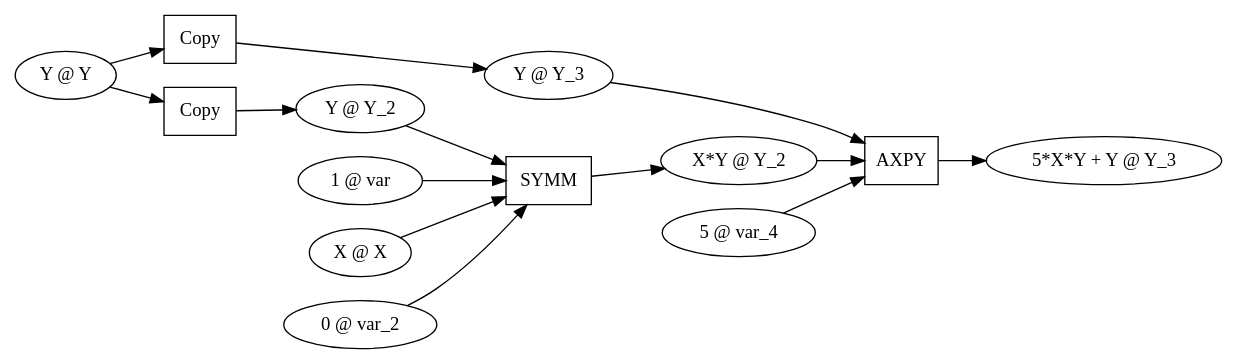
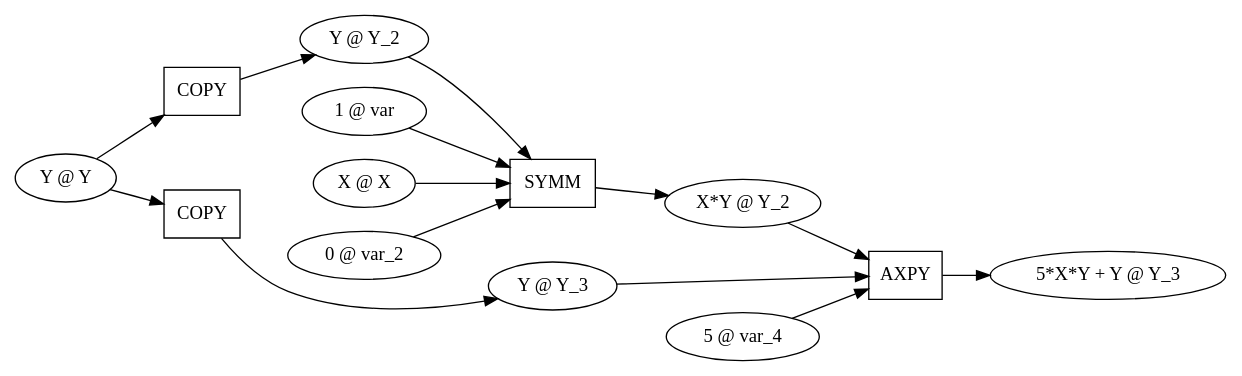
One commit to mrocklin/thesis changed the diagram in images/symm-axpy-inplace.dot. Above: the diagram before and after it, drawn with Graphviz. The commit also changed 6 other files, not shown here.

```diff
--- a/images/symm-axpy-inplace.dot
+++ b/images/symm-axpy-inplace.dot
@@ -1,35 +1,34 @@
 
 digraph{
 
 rankdir=LR
-orientation=TD
 
 "Y @ Y" [shape=ellipse]
-"Y @ Y_3" [shape=ellipse]
 "Y @ Y_2" [shape=ellipse]
 "1 @ var" [shape=ellipse]
 "X @ X" [shape=ellipse]
 "0 @ var_2" [shape=ellipse]
 "X*Y @ Y_2" [shape=ellipse]
+"Y @ Y_3" [shape=ellipse]
 "5 @ var_4" [shape=ellipse]
 "5*X*Y + Y @ Y_3" [shape=ellipse]
 
-"[Y @ Y] -> Copy -> [Y @ Y_3]" [shape=box, label="Copy"]
-"[Y @ Y] -> Copy -> [Y @ Y_2]" [shape=box, label="Copy"]
+"[Y @ Y] -> COPY -> [Y @ Y_2]" [shape=box, label="COPY"]
 "[1 @ var, X @ X, Y @ Y_2, 0 @ var_2, Y @ Y_2] -> SYMM -> [X*Y @ Y_2]" [shape=box, label="SYMM"]
+"[Y @ Y] -> COPY -> [Y @ Y_3]" [shape=box, label="COPY"]
 "[5 @ var_4, X*Y @ Y_2, Y @ Y_3] -> AXPY -> [5*X*Y + Y @ Y_3]" [shape=box, label="AXPY"]
 
-"Y @ Y" -> "[Y @ Y] -> Copy -> [Y @ Y_3]"
-"[Y @ Y] -> Copy -> [Y @ Y_3]" -> "Y @ Y_3"
-"Y @ Y" -> "[Y @ Y] -> Copy -> [Y @ Y_2]"
-"[Y @ Y] -> Copy -> [Y @ Y_2]" -> "Y @ Y_2"
+"Y @ Y" -> "[Y @ Y] -> COPY -> [Y @ Y_2]"
+"[Y @ Y] -> COPY -> [Y @ Y_2]" -> "Y @ Y_2"
 "1 @ var" -> "[1 @ var, X @ X, Y @ Y_2, 0 @ var_2, Y @ Y_2] -> SYMM -> [X*Y @ Y_2]"
 "X @ X" -> "[1 @ var, X @ X, Y @ Y_2, 0 @ var_2, Y @ Y_2] -> SYMM -> [X*Y @ Y_2]"
 "Y @ Y_2" -> "[1 @ var, X @ X, Y @ Y_2, 0 @ var_2, Y @ Y_2] -> SYMM -> [X*Y @ Y_2]"
 "0 @ var_2" -> "[1 @ var, X @ X, Y @ Y_2, 0 @ var_2, Y @ Y_2] -> SYMM -> [X*Y @ Y_2]"
 "[1 @ var, X @ X, Y @ Y_2, 0 @ var_2, Y @ Y_2] -> SYMM -> [X*Y @ Y_2]" -> "X*Y @ Y_2"
+"Y @ Y" -> "[Y @ Y] -> COPY -> [Y @ Y_3]"
+"[Y @ Y] -> COPY -> [Y @ Y_3]" -> "Y @ Y_3"
 "5 @ var_4" -> "[5 @ var_4, X*Y @ Y_2, Y @ Y_3] -> AXPY -> [5*X*Y + Y @ Y_3]"
 "X*Y @ Y_2" -> "[5 @ var_4, X*Y @ Y_2, Y @ Y_3] -> AXPY -> [5*X*Y + Y @ Y_3]"
 "Y @ Y_3" -> "[5 @ var_4, X*Y @ Y_2, Y @ Y_3] -> AXPY -> [5*X*Y + Y @ Y_3]"
 "[5 @ var_4, X*Y @ Y_2, Y @ Y_3] -> AXPY -> [5*X*Y + Y @ Y_3]" -> "5*X*Y + Y @ Y_3"
 }
```
